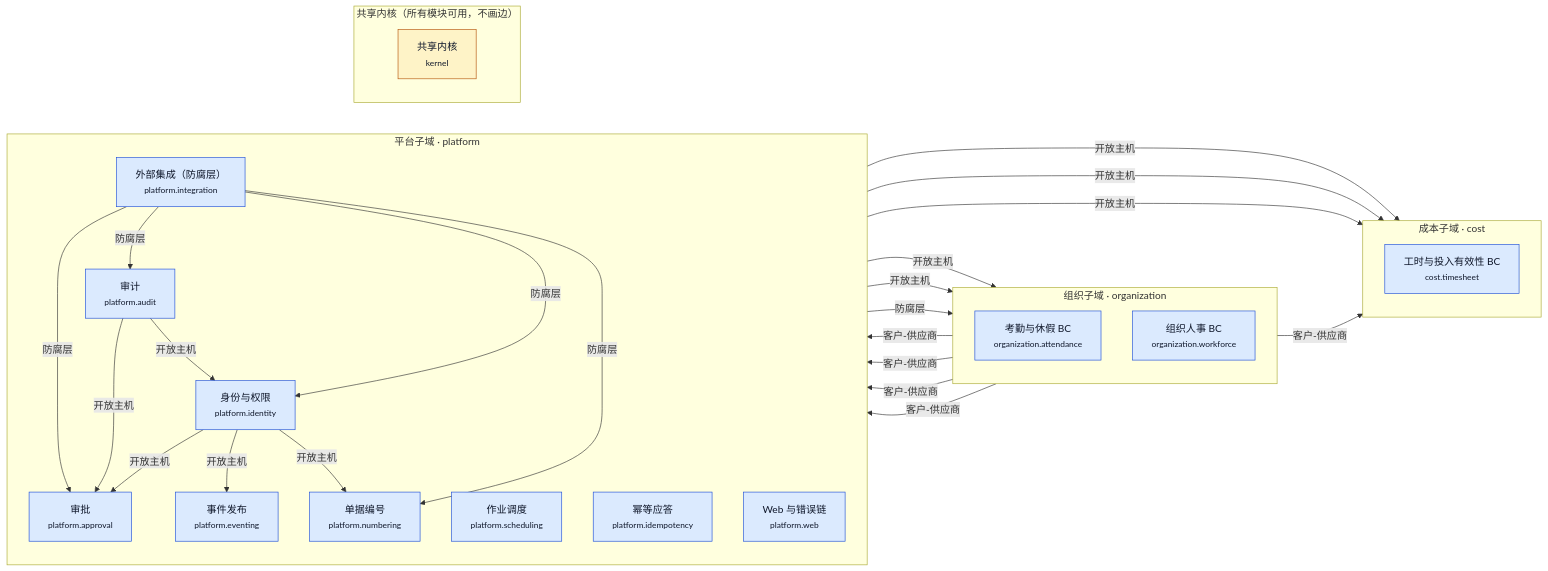
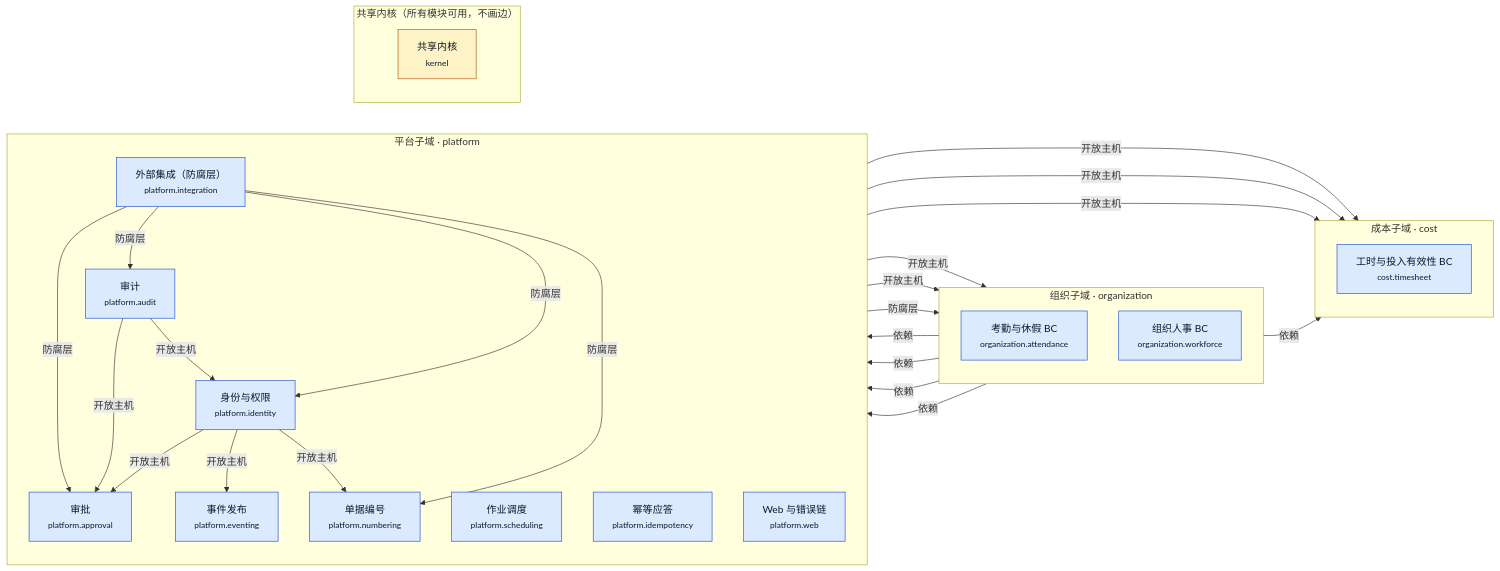
One commit to YeliangDu/forcitis-one-psa-codex-lab changed the diagram in docs/modernization/architecture/generated/1b-context-map.mmd. Above: the diagram before and after it, drawn with Mermaid. The commit also changed 17 other files, not shown here.

First line of the commit message:
docs(architecture): ADR-0041 框架收窄与不变量先行（取代 ADR-0040）

```diff
--- a/docs/modernization/architecture/generated/1b-context-map.mmd
+++ b/docs/modernization/architecture/generated/1b-context-map.mmd
@@ -1,52 +1,52 @@
 %% 生成文件，勿手改：python3 architecture/build_architecture.py（源：ddd/*.yaml）
 flowchart LR
   classDef built fill:#dbeafe,stroke:#1d4ed8,color:#0f172a
   classDef planned fill:#f8fafc,stroke:#94a3b8,stroke-dasharray:4 3,color:#475569
   classDef kernel fill:#fef3c7,stroke:#b45309,color:#0f172a
   subgraph SD_cost["成本子域 · cost"]
     direction TB
     cost_timesheet["工时与投入有效性 BC<br/><small>cost.timesheet</small>"]
   end
   subgraph SD_organization["组织子域 · organization"]
     direction TB
     organization_attendance["考勤与休假 BC<br/><small>organization.attendance</small>"]
     organization_workforce["组织人事 BC<br/><small>organization.workforce</small>"]
   end
   subgraph SD_platform["平台子域 · platform"]
     direction TB
     platform_approval["审批<br/><small>platform.approval</small>"]
     platform_audit["审计<br/><small>platform.audit</small>"]
     platform_identity["身份与权限<br/><small>platform.identity</small>"]
     platform_integration["外部集成（防腐层）<br/><small>platform.integration</small>"]
     platform_numbering["单据编号<br/><small>platform.numbering</small>"]
     platform_scheduling["作业调度<br/><small>platform.scheduling</small>"]
     platform_idempotency["幂等应答<br/><small>platform.idempotency</small>"]
     platform_eventing["事件发布<br/><small>platform.eventing</small>"]
     platform_web["Web 与错误链<br/><small>platform.web</small>"]
   end
   subgraph SD_kernel["共享内核（所有模块可用，不画边）"]
     direction TB
     kernel["共享内核<br/><small>kernel</small>"]
   end
-  organization_workforce -->|客户-供应商| cost_timesheet
+  organization_workforce -->|依赖| cost_timesheet
   platform_approval -->|开放主机| cost_timesheet
   platform_identity -->|开放主机| cost_timesheet
   platform_numbering -->|开放主机| cost_timesheet
   platform_audit -->|开放主机| organization_attendance
   platform_audit -->|开放主机| organization_workforce
   platform_integration -->|防腐层| organization_workforce
   platform_identity -->|开放主机| platform_approval
-  organization_workforce -->|客户-供应商| platform_approval
+  organization_workforce -->|依赖| platform_approval
   platform_integration -->|防腐层| platform_approval
   platform_audit -->|开放主机| platform_approval
-  organization_attendance -->|客户-供应商| platform_approval
+  organization_attendance -->|依赖| platform_approval
   platform_integration -->|防腐层| platform_audit
   platform_identity -->|开放主机| platform_eventing
-  organization_workforce -->|客户-供应商| platform_identity
+  organization_workforce -->|依赖| platform_identity
   platform_integration -->|防腐层| platform_identity
   platform_audit -->|开放主机| platform_identity
   platform_identity -->|开放主机| platform_numbering
-  organization_workforce -->|客户-供应商| platform_numbering
+  organization_workforce -->|依赖| platform_numbering
   platform_integration -->|防腐层| platform_numbering
   class cost_timesheet,organization_attendance,organization_workforce,platform_approval,platform_audit,platform_identity,platform_integration,platform_numbering,platform_scheduling,platform_idempotency,platform_eventing,platform_web built
   class kernel kernel
```
